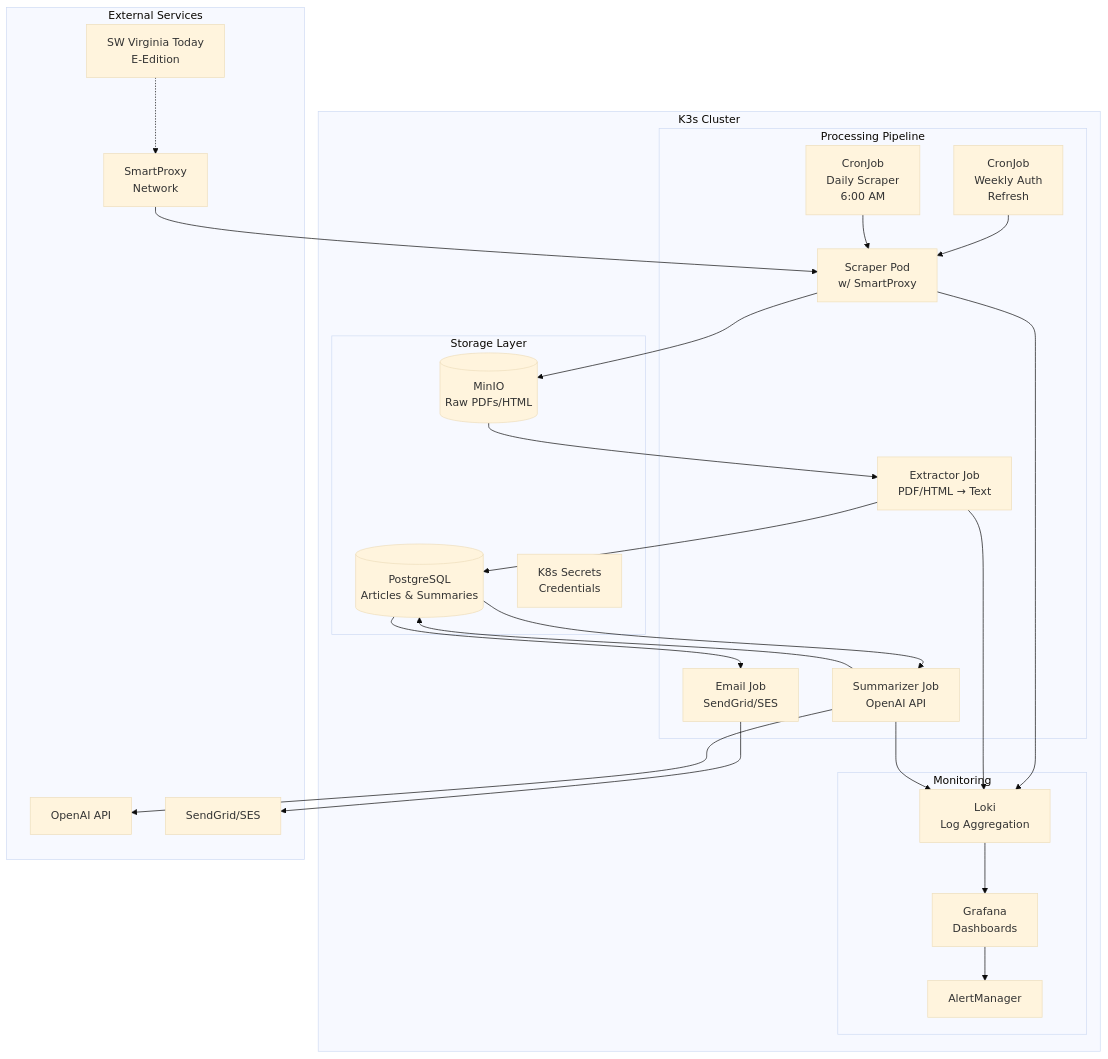
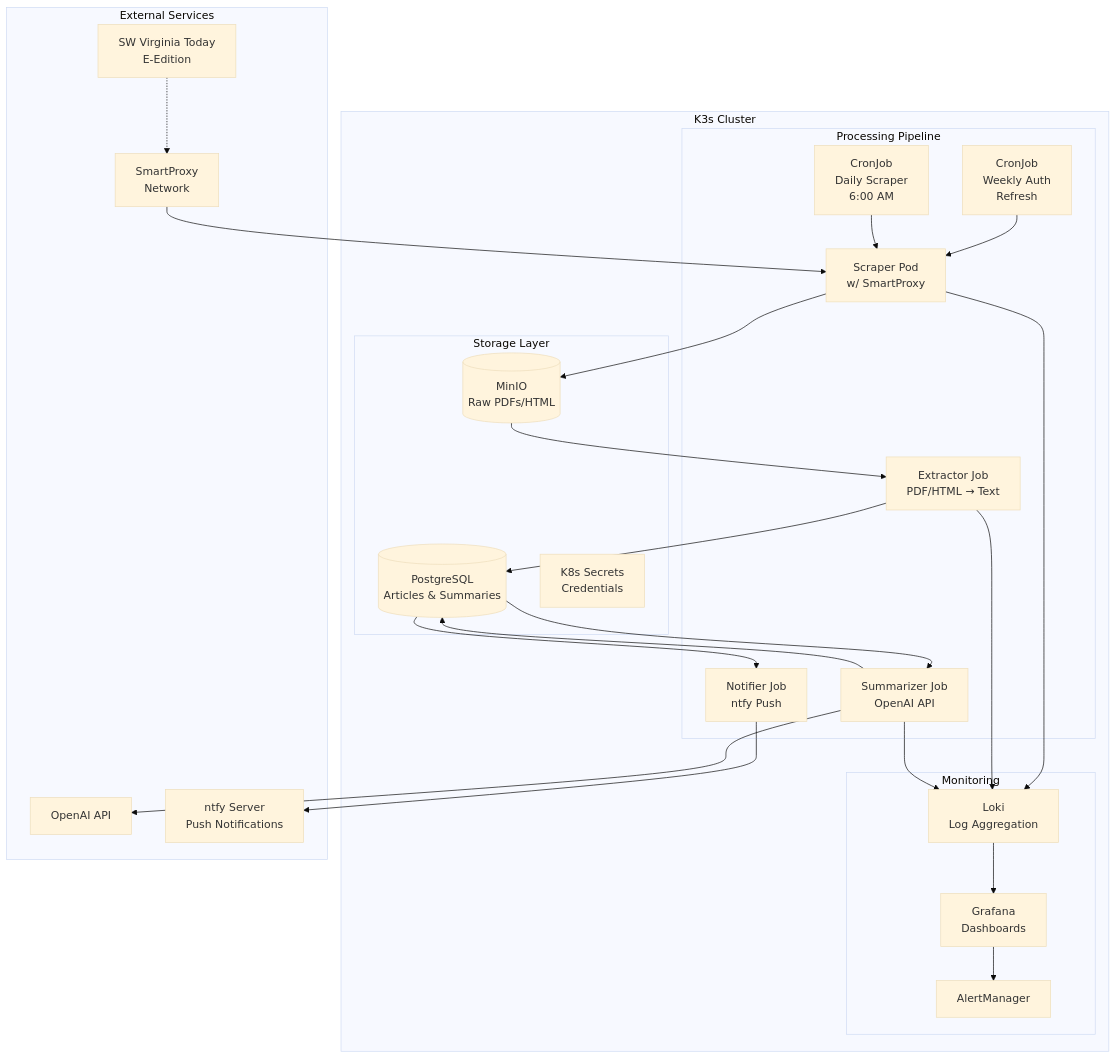
Before and after one commit to crb2nu/news-analyzer: the diagram in docs/architecture.md, drawn with Mermaid (base theme). The commit also changed other lines of this file and 9 other files, not shown here.

First line of the commit message:
feat: Integrate ntfy for push notifications, replacing email service

````diff
--- a/docs/architecture.md
+++ b/docs/architecture.md
@@ -36,54 +36,54 @@
 ```mermaid
 graph TB
     subgraph "K3s Cluster"
         subgraph "Storage Layer"
             postgres[(PostgreSQL<br/>Articles & Summaries)]
             minio[(MinIO<br/>Raw PDFs/HTML)]
             secrets[K8s Secrets<br/>Credentials]
         end
         
         subgraph "Processing Pipeline"
             cronAuth[CronJob<br/>Weekly Auth<br/>Refresh]
             cronScraper[CronJob<br/>Daily Scraper<br/>6:00 AM]
             
             scraperPod[Scraper Pod<br/>w/ SmartProxy]
             extractorJob[Extractor Job<br/>PDF/HTML → Text]
             summarizerJob[Summarizer Job<br/>OpenAI API]
-            emailJob[Email Job<br/>SendGrid/SES]
+            notifierJob[Notifier Job<br/>ntfy Push]
         end
         
         subgraph "Monitoring"
             grafana[Grafana<br/>Dashboards]
             loki[Loki<br/>Log Aggregation]
             alerts[AlertManager]
         end
     end
     
     subgraph "External Services"
         swva[SW Virginia Today<br/>E-Edition]
         smartproxy[SmartProxy<br/>Network]
         openai[OpenAI API]
-        sendgrid[SendGrid/SES]
+        ntfy[ntfy Server<br/>Push Notifications]
     end
     
     swva -.-> smartproxy
     smartproxy --> scraperPod
     
     cronAuth --> scraperPod
     cronScraper --> scraperPod
     
     scraperPod --> minio
     minio --> extractorJob
     extractorJob --> postgres
     postgres --> summarizerJob
     summarizerJob --> openai
     summarizerJob --> postgres
-    postgres --> emailJob
-    emailJob --> sendgrid
+    postgres --> notifierJob
+    notifierJob --> ntfy
     
     scraperPod --> loki
     extractorJob --> loki
     summarizerJob --> loki
     loki --> grafana
     grafana --> alerts
 ```
````
